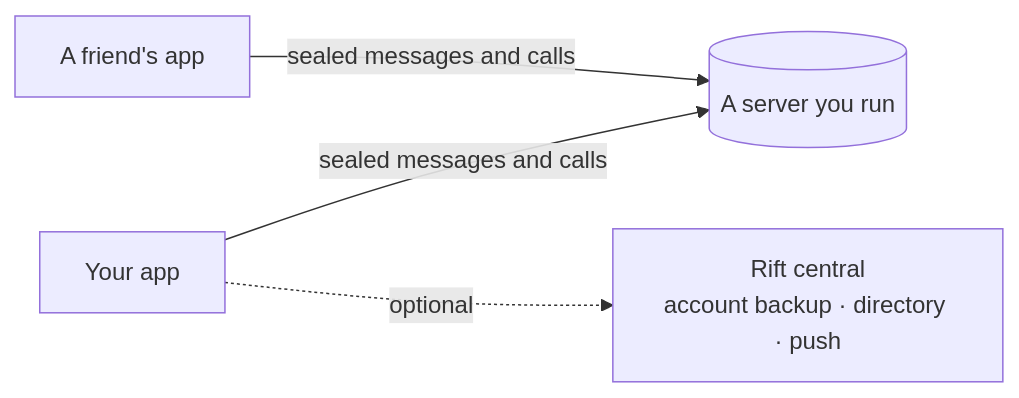
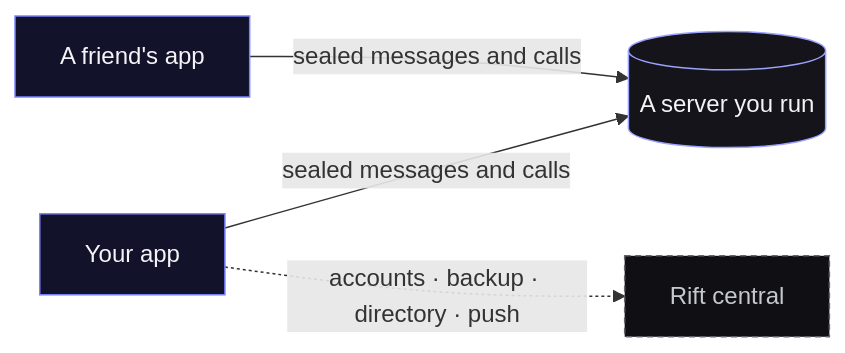
Before and after one commit to awais-amjed/rift: the diagram in README.md, drawn with Mermaid. The commit also changed other lines of this file, not shown here.

````diff
--- a/README.md
+++ b/README.md
@@ -153,6 +229,13 @@
 ```mermaid
 flowchart LR
     A["Your app"] -- "sealed messages and calls" --> S[("A server you run")]
     B["A friend's app"] -- "sealed messages and calls" --> S
-    A -. "optional" .-> C["Rift central<br/>account backup · directory · push"]
+    A -. "accounts · backup · directory · push" .-> C["Rift central"]
+
+    classDef app fill:#12132A,stroke:#7B83FF,color:#F4F4F8
+    classDef server fill:#14141A,stroke:#9BA3FF,color:#F4F4F8
+    classDef central fill:#0F0F14,stroke:#63636E,color:#C6C7CF,stroke-dasharray:4 3
+    class A,B app
+    class S server
+    class C central
 ```
````
